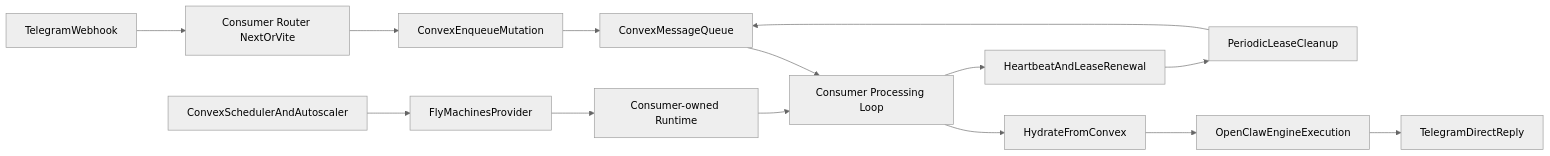
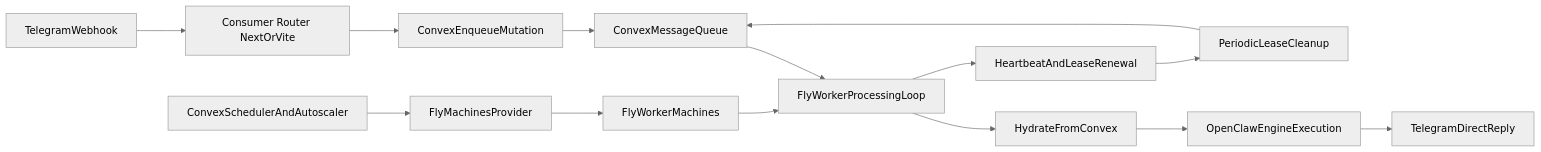
The diagram in README.md (okrlinkhub/agent-factory), drawn with Mermaid (neutral theme) before and after one commit. The commit also changed other lines of this file and 13 other files, not shown here.

````diff
--- a/README.md
+++ b/README.md
@@ -103,16 +126,16 @@
 ```mermaid
 flowchart LR
   telegramWebhook[TelegramWebhook] --> appRouter[Consumer Router NextOrVite]
   appRouter --> enqueueMutation[ConvexEnqueueMutation]
   enqueueMutation --> messageQueue[ConvexMessageQueue]
-  messageQueue --> claimLoop[Consumer Processing Loop]
+  messageQueue --> claimLoop[FlyWorkerProcessingLoop]
   claimLoop --> hydrateStep[HydrateFromConvex]
   hydrateStep --> runEngine[OpenClawEngineExecution]
   runEngine --> telegramSend[TelegramDirectReply]
   claimLoop --> heartbeatLease[HeartbeatAndLeaseRenewal]
   heartbeatLease --> cleanupTask[PeriodicLeaseCleanup]
   cleanupTask --> messageQueue
   schedulerNode[ConvexSchedulerAndAutoscaler] --> flyProvider[FlyMachinesProvider]
-  flyProvider --> consumerRuntime[Consumer-owned Runtime]
-  consumerRuntime --> claimLoop
+  flyProvider --> flyWorkers[FlyWorkerMachines]
+  flyWorkers --> claimLoop
 ```
````
